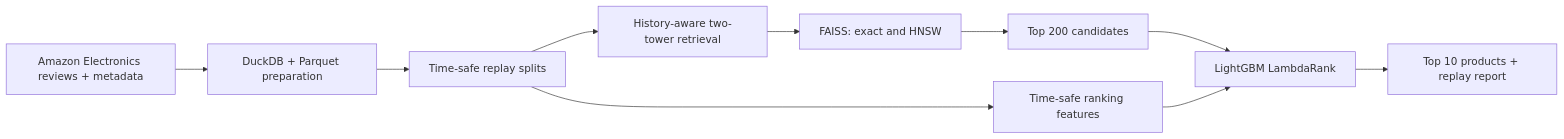
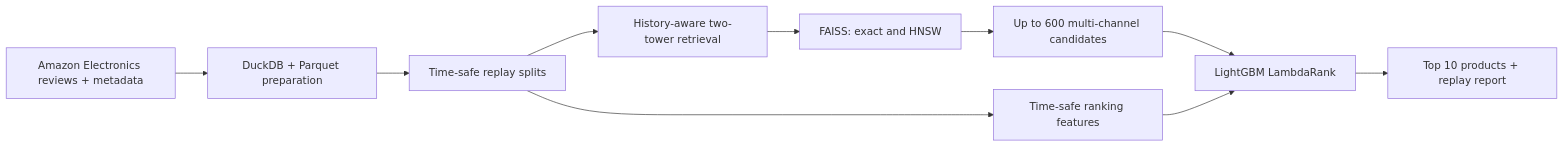
One commit to Techdude01/rekindle changed the diagram in README.md. Above: the diagram before and after it, drawn with Mermaid. The commit also changed 7 other files, not shown here.

Commit message:
feat: evaluate multi-channel candidate retrieval

````diff
--- a/README.md
+++ b/README.md
@@ -20,12 +20,12 @@
 ```mermaid
 flowchart LR
     A[Amazon Electronics reviews + metadata] --> B[DuckDB + Parquet preparation]
     B --> C[Time-safe replay splits]
     C --> D[History-aware two-tower retrieval]
     D --> E[FAISS: exact and HNSW]
-    E --> F[Top 200 candidates]
+    E --> F[Up to 600 multi-channel candidates]
     C --> G[Time-safe ranking features]
     F --> H[LightGBM LambdaRank]
     G --> H
     H --> I[Top 10 products + replay report]
 ```
````
